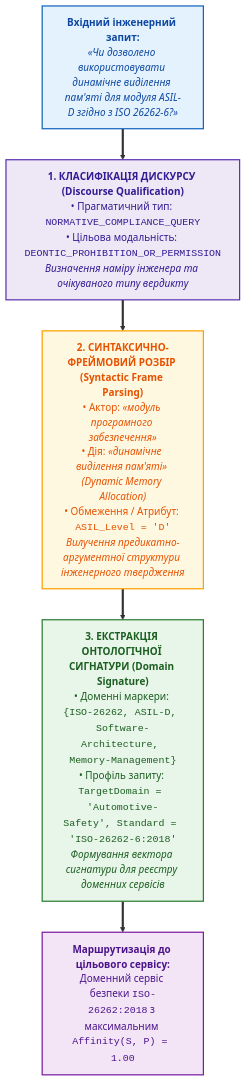
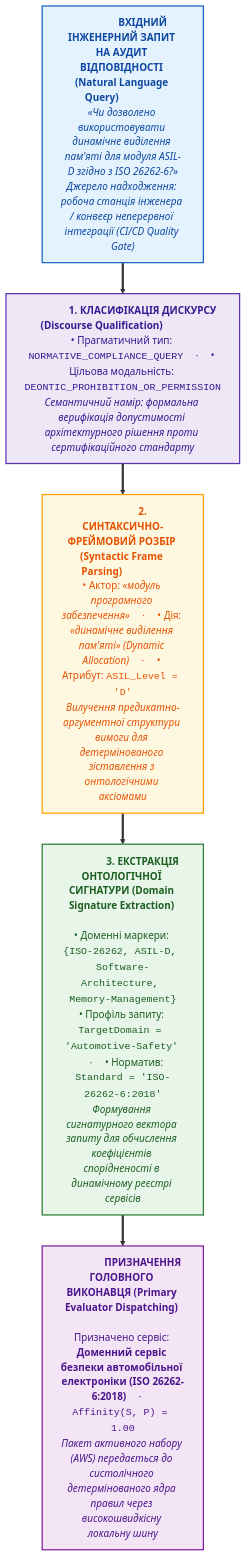
The second of 4 diagrams in ExpertSystem/ch40-distributed-epistemic-architectures-soa-and-cluster-scaling.md (nick-fedchik/articles), drawn with Mermaid before and after one commit.

Commit message:
docs(ch40): widen discourse parsing pipeline diagram blocks horizontally

````diff
--- a/ExpertSystem/ch40-distributed-epistemic-architectures-soa-and-cluster-scaling.md
+++ b/ExpertSystem/ch40-distributed-epistemic-architectures-soa-and-cluster-scaling.md
@@ -132,32 +132,32 @@
 ```mermaid
 flowchart TD
     accTitle: Конвеєр синтаксично-лексичного розбору дискурсу в Семантичному Брокері
     accDescr: Поетапна трансформація природномовного запиту інженера у структуровану онтологічну сигнатуру для маршрутизації доменних правил.
 
-    IN["<b>Вхідний інженерний запит:</b><br><i>«Чи дозволено використовувати динамічне виділення пам'яті для модуля ASIL-D згідно з ISO 26262-6?»</i>"]
+    IN["&emsp;&emsp;&emsp;&emsp; <b>ВХІДНИЙ ІНЖЕНЕРНИЙ ЗАПИТ НА АУДИТ ВІДПОВІДНОСТІ (Natural Language Query)</b> &emsp;&emsp;&emsp;&emsp;<br><i>«Чи дозволено використовувати динамічне виділення пам'яті для модуля ASIL-D згідно з ISO 26262-6?»</i><br><i>Джерело надходження: робоча станція інженера / конвеєр неперервної інтеграції (CI/CD Quality Gate)</i>"]
 
-    STEP1["<b>1. КЛАСИФІКАЦІЯ ДИСКУРСУ (Discourse Qualification)</b><br>• Прагматичний тип: <code>NORMATIVE_COMPLIANCE_QUERY</code><br>• Цільова модальність: <code>DEONTIC_PROHIBITION_OR_PERMISSION</code><br><i>Визначення наміру інженера та очікуваного типу вердикту</i>"]
+    STEP1["&emsp;&emsp;&emsp;&emsp; <b>1. КЛАСИФІКАЦІЯ ДИСКУРСУ (Discourse Qualification)</b> &emsp;&emsp;&emsp;&emsp;<br>• Прагматичний тип: <code>NORMATIVE_COMPLIANCE_QUERY</code> &emsp;·&emsp; • Цільова модальність: <code>DEONTIC_PROHIBITION_OR_PERMISSION</code><br><i>Семантичний намір: формальна верифікація допустимості архітектурного рішення проти сертифікаційного стандарту</i>"]
 
-    STEP2["<b>2. СИНТАКСИЧНО-ФРЕЙМОВИЙ РОЗБІР (Syntactic Frame Parsing)</b><br>• Актор: <i>«модуль програмного забезпечення»</i><br>• Дія: <i>«динамічне виділення пам'яті» (Dynamic Memory Allocation)</i><br>• Обмеження / Атрибут: <code>ASIL_Level = 'D'</code><br><i>Вилучення предикатно-аргументної структури інженерного твердження</i>"]
+    STEP2["&emsp;&emsp;&emsp;&emsp; <b>2. СИНТАКСИЧНО-ФРЕЙМОВИЙ РОЗБІР (Syntactic Frame Parsing)</b> &emsp;&emsp;&emsp;&emsp;<br>• Актор: <i>«модуль програмного забезпечення»</i> &emsp;·&emsp; • Дія: <i>«динамічне виділення пам'яті» (Dynamic Allocation)</i> &emsp;·&emsp; • Атрибут: <code>ASIL_Level = 'D'</code><br><i>Вилучення предикатно-аргументної структури вимоги для детермінованого зіставлення з онтологічними аксіомами</i>"]
 
-    STEP3["<b>3. ЕКСТРАКЦІЯ ОНТОЛОГІЧНОЇ СИГНАТУРИ (Domain Signature)</b><br>• Доменні маркери: <code>{ISO-26262, ASIL-D, Software-Architecture, Memory-Management}</code><br>• Профіль запиту: <code>TargetDomain = 'Automotive-Safety', Standard = 'ISO-26262-6:2018'</code><br><i>Формування вектора сигнатури для реєстру доменних сервісів</i>"]
+    STEP3["&emsp;&emsp;&emsp;&emsp; <b>3. ЕКСТРАКЦІЯ ОНТОЛОГІЧНОЇ СИГНАТУРИ (Domain Signature Extraction)</b> &emsp;&emsp;&emsp;&emsp;<br>• Доменні маркери: <code>{ISO-26262, ASIL-D, Software-Architecture, Memory-Management}</code><br>• Профіль запиту: <code>TargetDomain = 'Automotive-Safety'</code> &emsp;·&emsp; • Норматив: <code>Standard = 'ISO-26262-6:2018'</code><br><i>Формування сигнатурного вектора запиту для обчислення коефіцієнтів спорідненості в динамічному реєстрі сервісів</i>"]
 
-    OUT["<b>Маршрутизація до цільового сервісу:</b><br>Доменний сервіс безпеки <code>ISO-26262:2018</code> з максимальним <code>Affinity(S, P) = 1.00</code>"]
+    OUT["&emsp;&emsp;&emsp;&emsp; <b>ПРИЗНАЧЕННЯ ГОЛОВНОГО ВИКОНАВЦЯ (Primary Evaluator Dispatching)</b> &emsp;&emsp;&emsp;&emsp;<br>Призначено сервіс: <b>Доменний сервіс безпеки автомобільної електроніки (ISO 26262-6:2018)</b> &emsp;·&emsp; <code>Affinity(S, P) = 1.00</code><br><i>Пакет активного набору (AWS) передається до систолічного детермінованого ядра правил через високошвидкісну локальну шину</i>"]
 
     IN ==> STEP1
     STEP1 ==> STEP2
     STEP2 ==> STEP3
     STEP3 ==> OUT
 
     classDef query fill:#e3f2fd,stroke:#1565c0,stroke-width:2px,color:#0d47a1;
     classDef step1 fill:#ede7f6,stroke:#5e35b1,stroke-width:2px,color:#311b92;
     classDef step2 fill:#fff8e1,stroke:#ffa000,stroke-width:2px,color:#e65100;
     classDef step3 fill:#e8f5e9,stroke:#2e7d32,stroke-width:2px,color:#1b5e20;
     classDef target fill:#f3e5f5,stroke:#7b1fa2,stroke-width:2px,color:#4a148c;
 
     class IN query;
     class STEP1 step1;
     class STEP2 step2;
     class STEP3 step3;
     class OUT target;
 ```
````
